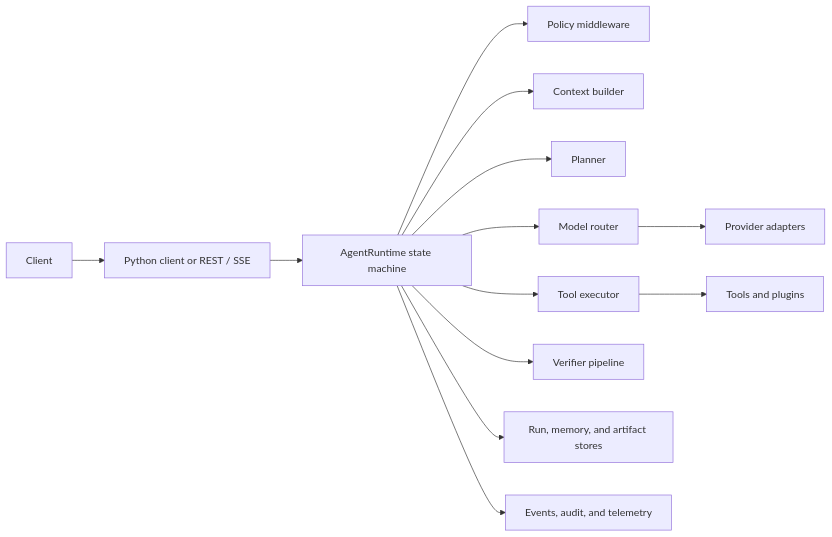
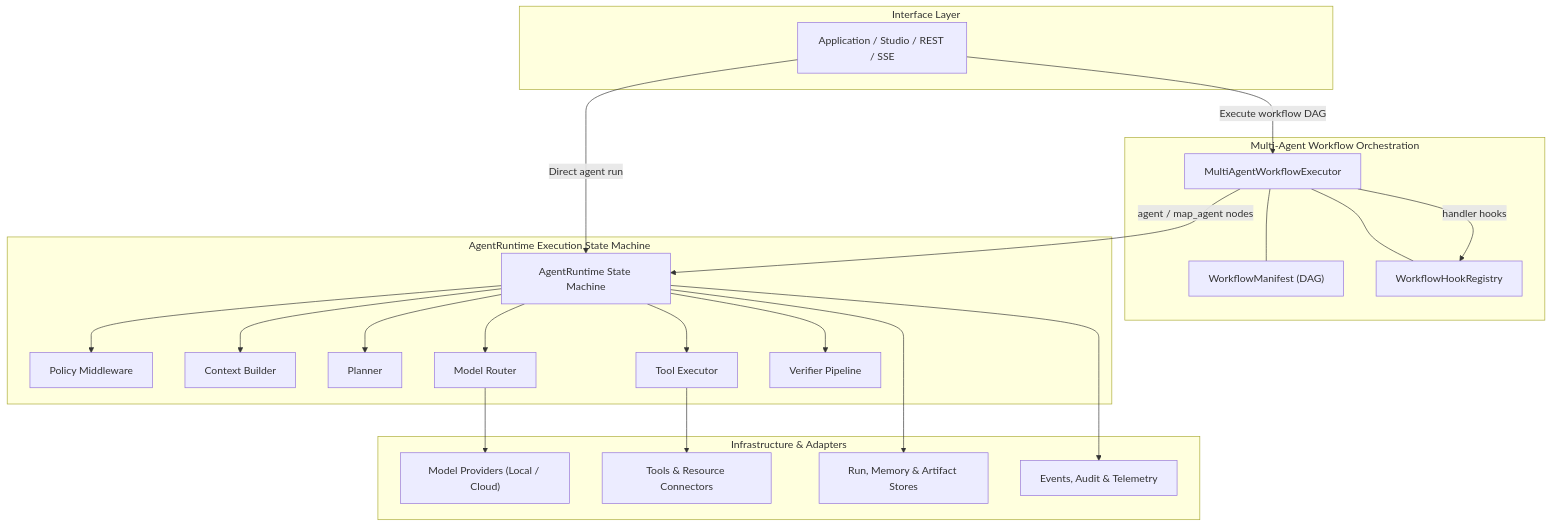
Before and after one commit to AlgenAI/algen-agent-runtime: the diagram in README.md, drawn with Mermaid. The commit also changed other lines of this file and 1 other file, not shown here.

````diff
--- a/README.md
+++ b/README.md
@@ -170,15 +215,44 @@
 ```mermaid
-flowchart LR
-  Client --> API[Python client or REST / SSE]
-  API --> Runtime[AgentRuntime state machine]
-  Runtime --> Policies[Policy middleware]
-  Runtime --> Context[Context builder]
-  Runtime --> Planner[Planner]
-  Runtime --> Router[Model router]
-  Router --> Providers[Provider adapters]
-  Runtime --> Executor[Tool executor]
-  Executor --> Tools[Tools and plugins]
-  Runtime --> Verifier[Verifier pipeline]
-  Runtime --> Stores[Run, memory, and artifact stores]
-  Runtime --> Events[Events, audit, and telemetry]
+flowchart TD
+  subgraph Interface["Interface Layer"]
+    Client["Application / Studio / REST / SSE"]
+  end
+
+  subgraph Workflows["Multi-Agent Workflow Orchestration"]
+    WorkflowExec["MultiAgentWorkflowExecutor"]
+    Manifest["WorkflowManifest (DAG)"]
+    Hooks["WorkflowHookRegistry"]
+    WorkflowExec --- Manifest
+    WorkflowExec --- Hooks
+  end
+
+  subgraph Core["AgentRuntime Execution State Machine"]
+    Runtime["AgentRuntime State Machine"]
+    Policies["Policy Middleware"]
+    Context["Context Builder"]
+    Planner["Planner"]
+    Router["Model Router"]
+    ToolExec["Tool Executor"]
+    Verifier["Verifier Pipeline"]
+  end
+
+  subgraph Adapters["Infrastructure & Adapters"]
+    Providers["Model Providers (Local / Cloud)"]
+    Tools["Tools & Resource Connectors"]
+    Stores["Run, Memory & Artifact Stores"]
+    Events["Events, Audit & Telemetry"]
+  end
+
+  Client -->|Execute workflow DAG| WorkflowExec
+  Client -->|Direct agent run| Runtime
+  WorkflowExec -->|agent / map_agent nodes| Runtime
+  WorkflowExec -->|handler hooks| Hooks
+  Runtime --> Policies
+  Runtime --> Context
+  Runtime --> Planner
+  Runtime --> Router --> Providers
+  Runtime --> ToolExec --> Tools
+  Runtime --> Verifier
+  Runtime --> Stores
+  Runtime --> Events
 ```
````
